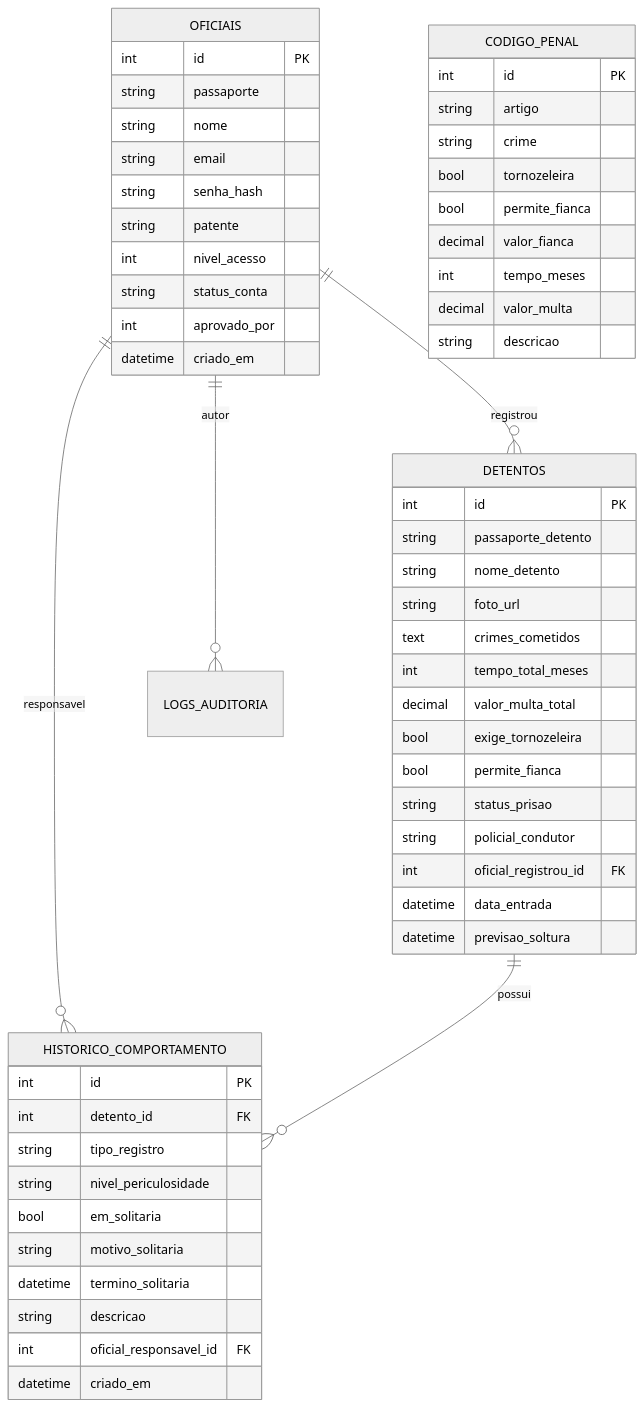
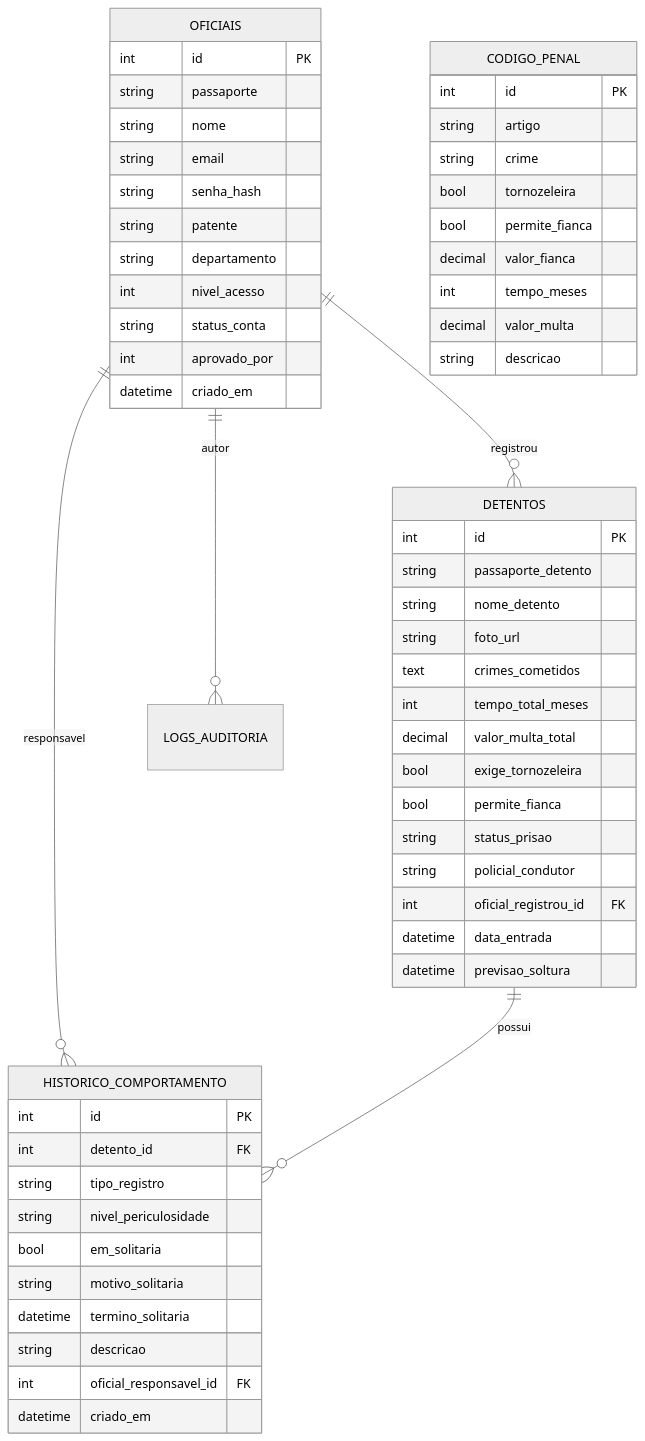
Before and after one commit to GuilhermeFerreiraDeveloper/DCE_Online: the third of 3 diagrams in .trae/documents/Arquitetura-Tecnica-DCE.md, drawn with Mermaid (neutral theme). The commit also changed other lines of this file and 18 other files, not shown here.

````diff
--- a/.trae/documents/Arquitetura-Tecnica-DCE.md
+++ b/.trae/documents/Arquitetura-Tecnica-DCE.md
@@ -145,59 +145,60 @@
 ```mermaid
 erDiagram
     OFICIAIS ||--o{ DETENTOS : "registrou"
     OFICIAIS ||--o{ HISTORICO_COMPORTAMENTO : "responsavel"
     DETENTOS ||--o{ HISTORICO_COMPORTAMENTO : "possui"
     OFICIAIS ||--o{ LOGS_AUDITORIA : "autor"
 
     OFICIAIS {
         int id PK
         string passaporte
         string nome
         string email
         string senha_hash
         string patente
+        string departamento
         int nivel_acesso
         string status_conta
         int aprovado_por
         datetime criado_em
     }
     CODIGO_PENAL {
         int id PK
         string artigo
         string crime
         bool tornozeleira
         bool permite_fianca
         decimal valor_fianca
         int tempo_meses
         decimal valor_multa
         string descricao
     }
     DETENTOS {
         int id PK
         string passaporte_detento
         string nome_detento
         string foto_url
         text crimes_cometidos
         int tempo_total_meses
         decimal valor_multa_total
         bool exige_tornozeleira
         bool permite_fianca
         string status_prisao
         string policial_condutor
         int oficial_registrou_id FK
         datetime data_entrada
         datetime previsao_soltura
     }
     HISTORICO_COMPORTAMENTO {
         int id PK
         int detento_id FK
         string tipo_registro
         string nivel_periculosidade
         bool em_solitaria
         string motivo_solitaria
         datetime termino_solitaria
         string descricao
         int oficial_responsavel_id FK
         datetime criado_em
     }
 ```
````
